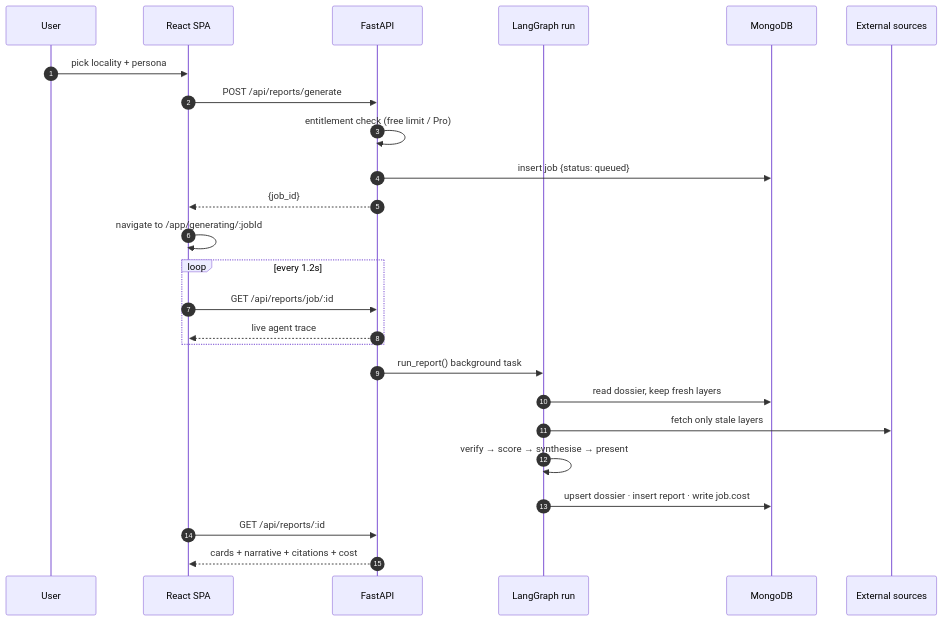
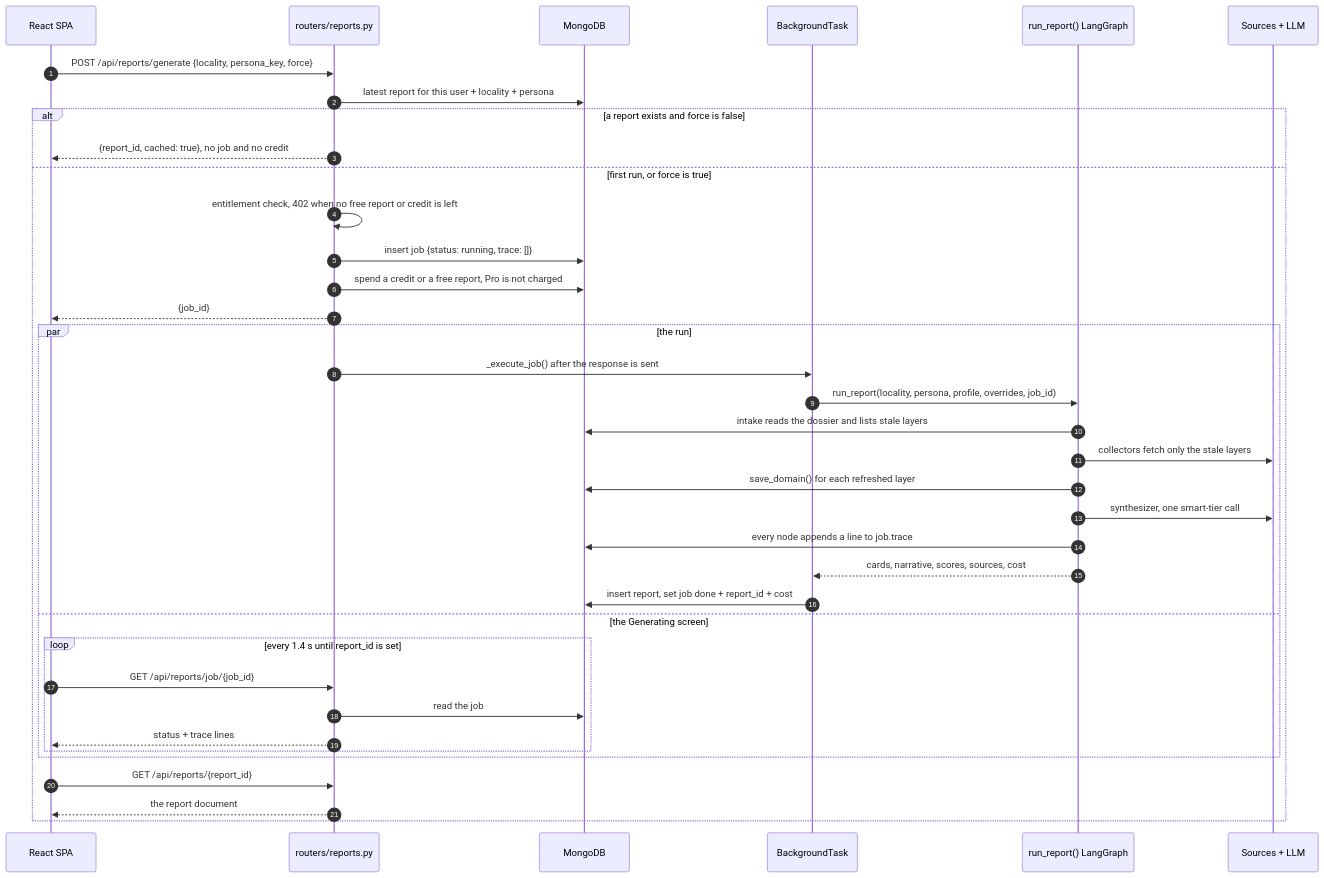
One commit to Pranay0083/LocalIQ changed the diagram in project/diagrams/report-sequence.mmd. Above: the diagram before and after it, drawn with Mermaid. The commit also changed 79 other files, not shown here.

First line of the commit message:
Rewrite project docs, diagrams and screenshots against the code

```diff
--- a/project/diagrams/report-sequence.mmd
+++ b/project/diagrams/report-sequence.mmd
@@ -1,26 +1,38 @@
 sequenceDiagram
     autonumber
-    participant U as User
     participant SPA as React SPA
-    participant API as FastAPI
-    participant G as LangGraph run
+    participant API as routers/reports.py
     participant M as MongoDB
-    participant X as External sources
+    participant BG as BackgroundTask
+    participant G as run_report() LangGraph
+    participant X as Sources + LLM
 
-    U->>SPA: pick locality + persona
-    SPA->>API: POST /api/reports/generate
-    API->>API: entitlement check (free limit / Pro)
-    API->>M: insert job {status: queued}
-    API-->>SPA: {job_id}
-    SPA->>SPA: navigate to /app/generating/:jobId
-    loop every 1.2s
-        SPA->>API: GET /api/reports/job/:id
-        API-->>SPA: live agent trace
+    SPA->>API: POST /api/reports/generate {locality, persona_key, force}
+    API->>M: latest report for this user + locality + persona
+    alt a report exists and force is false
+        API-->>SPA: {report_id, cached: true}, no job and no credit
+    else first run, or force is true
+        API->>API: entitlement check, 402 when no free report or credit is left
+        API->>M: insert job {status: running, trace: []}
+        API->>M: spend a credit or a free report, Pro is not charged
+        API-->>SPA: {job_id}
+        par the run
+            API->>BG: _execute_job() after the response is sent
+            BG->>G: run_report(locality, persona, profile, overrides, job_id)
+            G->>M: intake reads the dossier and lists stale layers
+            G->>X: collectors fetch only the stale layers
+            G->>M: save_domain() for each refreshed layer
+            G->>X: synthesizer, one smart-tier call
+            G->>M: every node appends a line to job.trace
+            G-->>BG: cards, narrative, scores, sources, cost
+            BG->>M: insert report, set job done + report_id + cost
+        and the Generating screen
+            loop every 1.4 s until report_id is set
+                SPA->>API: GET /api/reports/job/{job_id}
+                API->>M: read the job
+                API-->>SPA: status + trace lines
+            end
+        end
+        SPA->>API: GET /api/reports/{report_id}
+        API-->>SPA: the report document
     end
-    API->>G: run_report() background task
-    G->>M: read dossier, keep fresh layers
-    G->>X: fetch only stale layers
-    G->>G: verify → score → synthesise → present
-    G->>M: upsert dossier · insert report · write job.cost
-    SPA->>API: GET /api/reports/:id
-    API-->>SPA: cards + narrative + citations + cost
```
